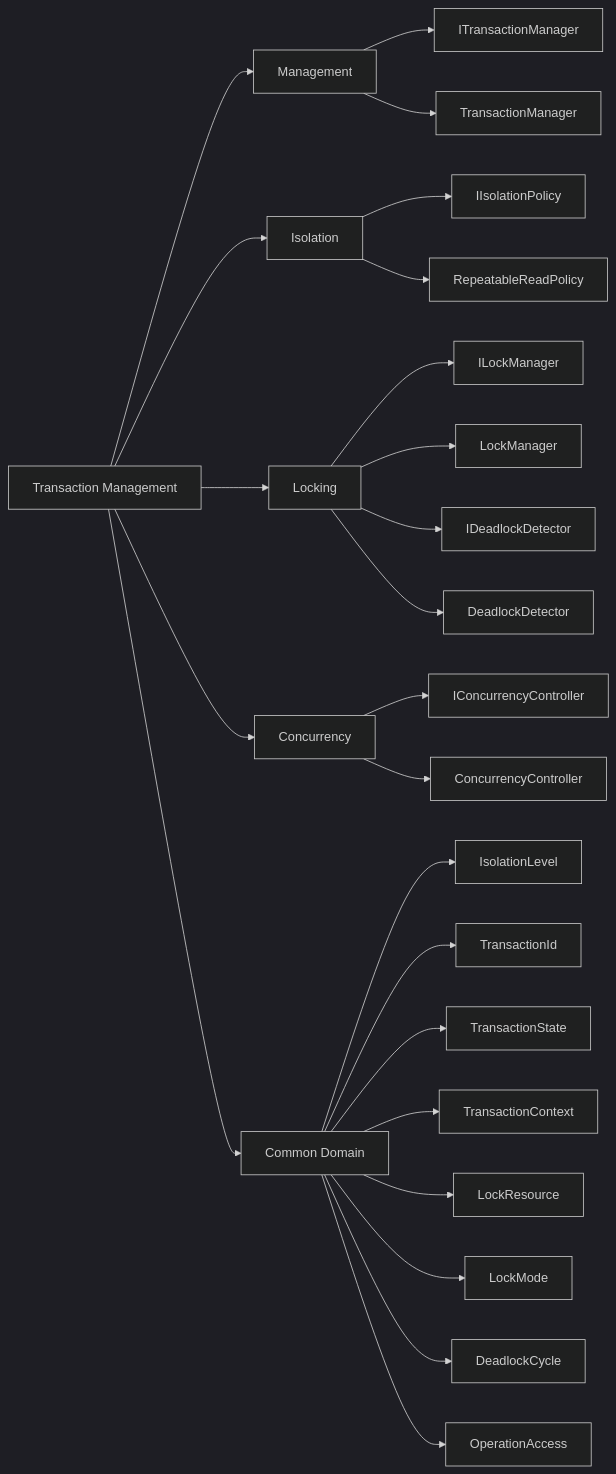
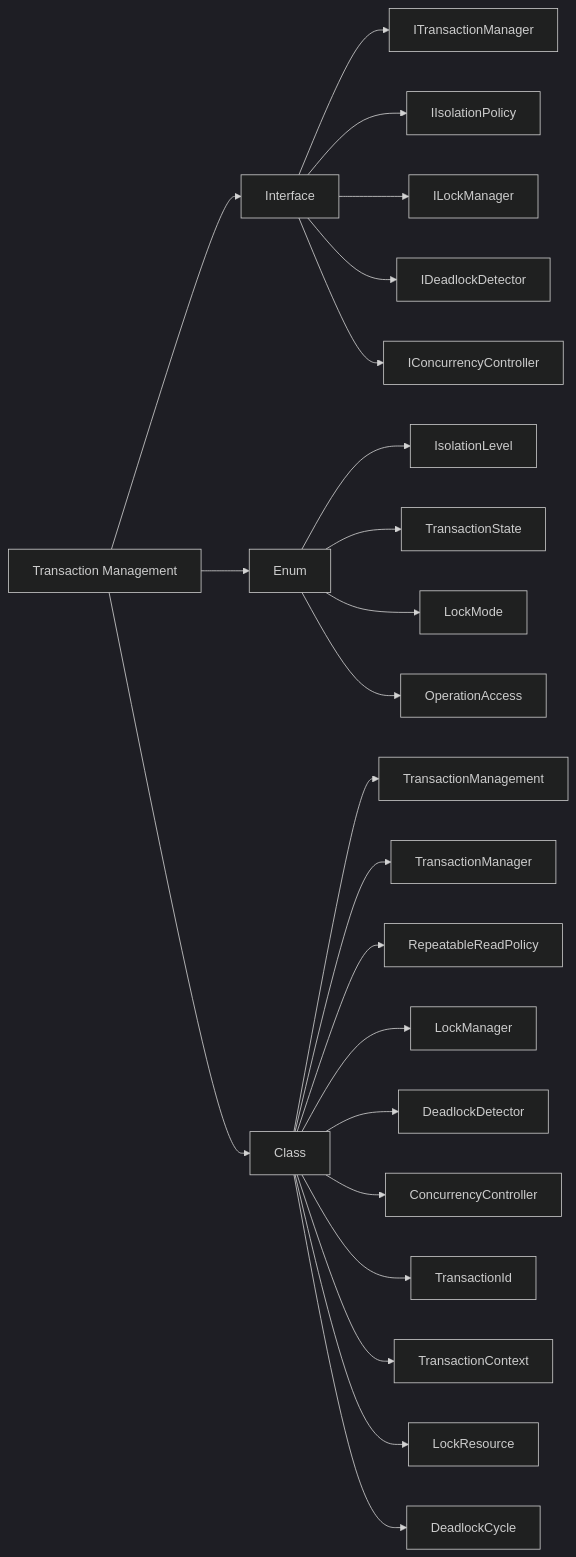
Before and after one commit to manaxpow/DBMS: the diagram in docs/class-mindmap/transaction-management-mindmap.md, drawn with Mermaid (dark theme). The commit also changed 21 other files, not shown here.

````diff
--- a/docs/class-mindmap/transaction-management-mindmap.md
+++ b/docs/class-mindmap/transaction-management-mindmap.md
@@ -3,37 +3,34 @@
 ```mermaid
 flowchart LR
     TM[Transaction Management]
 
-    %% Management
-    TM --> MGT[Management]
-    MGT --> ITM[ITransactionManager]
-    MGT --> TMGR[TransactionManager]
+    %% Interfaces
+    TM --> INT[Interface]
+    INT --> ITM[ITransactionManager]
+    INT --> IIP[IIsolationPolicy]
+    INT --> ILM[ILockManager]
+    INT --> IDD[IDeadlockDetector]
+    INT --> ICC[IConcurrencyController]
 
-    %% Isolation
-    TM --> ISO[Isolation]
-    ISO --> IIP[IIsolationPolicy]
-    ISO --> RRP[RepeatableReadPolicy]
+    %% Enums
+    TM --> ENM[Enum]
+    ENM --> IL[IsolationLevel]
+    ENM --> TS[TransactionState]
+    ENM --> LM[LockMode]
+    ENM --> OA[OperationAccess]
 
-    %% Locking
-    TM --> LCK[Locking]
-    LCK --> ILM[ILockManager]
-    LCK --> LMGR[LockManager]
-    LCK --> IDD[IDeadlockDetector]
-    LCK --> DD[DeadlockDetector]
+    %% Classes (Implementations)
+    TM --> CLS[Class]
+    CLS --> TMRoot[TransactionManagement]
+    CLS --> TMGR[TransactionManager]
+    CLS --> RRP[RepeatableReadPolicy]
+    CLS --> LMGR[LockManager]
+    CLS --> DD[DeadlockDetector]
+    CLS --> CCM[ConcurrencyController]
 
-    %% Concurrency
-    TM --> CC[Concurrency]
-    CC --> ICC[IConcurrencyController]
-    CC --> CCM[ConcurrencyController]
-
-    %% Common Domain
-    TM --> CD[Common Domain]
-    CD --> IL[IsolationLevel]
-    CD --> TID[TransactionId]
-    CD --> TS[TransactionState]
-    CD --> TC[TransactionContext]
-    CD --> LR[LockResource]
-    CD --> LM[LockMode]
-    CD --> DC[DeadlockCycle]
-    CD --> OA[OperationAccess]
+    %% Domain Models (Also in Class folder)
+    CLS --> TID[TransactionId]
+    CLS --> TC[TransactionContext]
+    CLS --> LR[LockResource]
+    CLS --> DC[DeadlockCycle]
 ```
````
